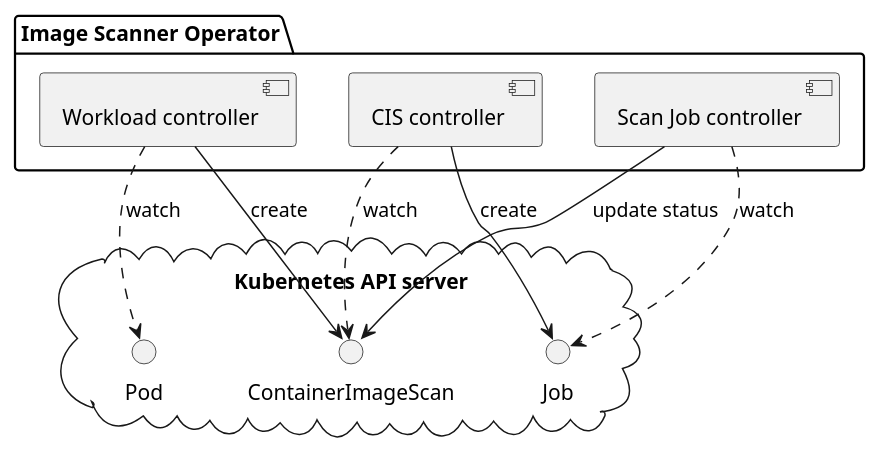
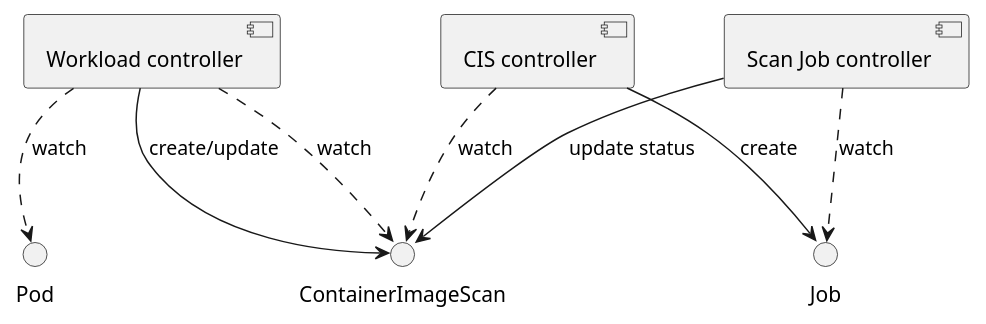
Before and after one commit to statnett/image-scanner-operator: the diagram in docs/architecture.puml, drawn with PlantUML.

Commit message:
docs: update architecture diagram (#134)

```diff
--- a/docs/architecture.puml
+++ b/docs/architecture.puml
@@ -1,18 +1,15 @@
 @startuml Image Scanner architecture
-
-cloud "Kubernetes API server" {
   () Pod as pod
   () ContainerImageScan as cis
   () Job as job
-}
 
-package "Image Scanner Operator" {
   [Workload controller] ..> pod : watch
-  [Workload controller] --> cis : create
+  [Workload controller] --> cis : create/update
+  [Workload controller] ..> cis : watch
+
   [CIS controller] ..> cis : watch
   [CIS controller] --> job : create
+
   [Scan Job controller] ..> job : watch
   [Scan Job controller] --> cis : update status
-}
-
 @enduml
```
